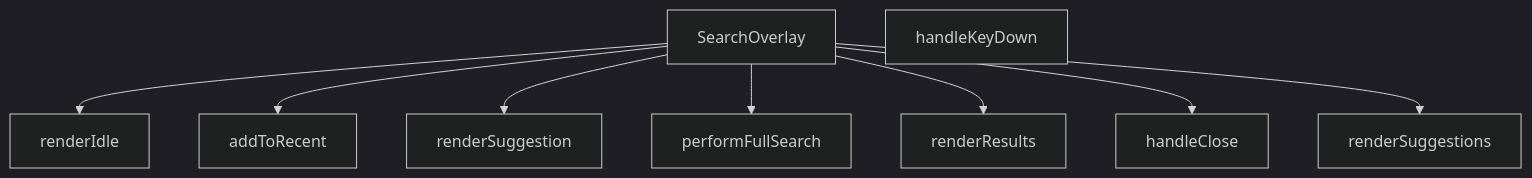
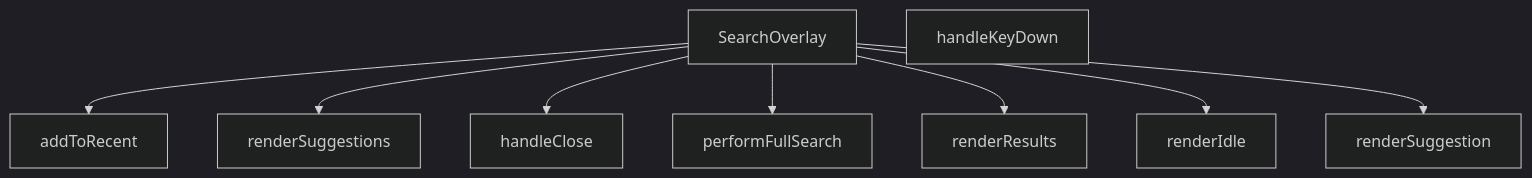
Before and after one commit to peckop/venthub-hvac-esite: the diagram in src/components/SearchOverlay.md, drawn with Mermaid (dark theme). The commit also changed other lines of this file and 429 other files, not shown here.

````diff
--- a/src/components/SearchOverlay.md
+++ b/src/components/SearchOverlay.md
@@ -315,19 +392,19 @@
 ```mermaid
 graph TD
     SearchOverlay_tsx__SearchOverlay["SearchOverlay"]
     SearchOverlay_tsx__addToRecent["addToRecent"]
     SearchOverlay_tsx__handleClose["handleClose"]
     SearchOverlay_tsx__handleKeyDown["handleKeyDown"]
     SearchOverlay_tsx__performFullSearch["performFullSearch"]
     SearchOverlay_tsx__renderIdle["renderIdle"]
     SearchOverlay_tsx__renderResults["renderResults"]
     SearchOverlay_tsx__renderSuggestion["renderSuggestion"]
     SearchOverlay_tsx__renderSuggestions["renderSuggestions"]
-    SearchOverlay_tsx__SearchOverlay --> SearchOverlay_tsx__renderIdle
     SearchOverlay_tsx__SearchOverlay --> SearchOverlay_tsx__addToRecent
-    SearchOverlay_tsx__SearchOverlay --> SearchOverlay_tsx__renderSuggestion
+    SearchOverlay_tsx__SearchOverlay --> SearchOverlay_tsx__renderSuggestions
+    SearchOverlay_tsx__SearchOverlay --> SearchOverlay_tsx__handleClose
     SearchOverlay_tsx__SearchOverlay --> SearchOverlay_tsx__performFullSearch
     SearchOverlay_tsx__SearchOverlay --> SearchOverlay_tsx__renderResults
-    SearchOverlay_tsx__SearchOverlay --> SearchOverlay_tsx__handleClose
-    SearchOverlay_tsx__SearchOverlay --> SearchOverlay_tsx__renderSuggestions
+    SearchOverlay_tsx__SearchOverlay --> SearchOverlay_tsx__renderIdle
+    SearchOverlay_tsx__SearchOverlay --> SearchOverlay_tsx__renderSuggestion
 ```
````
